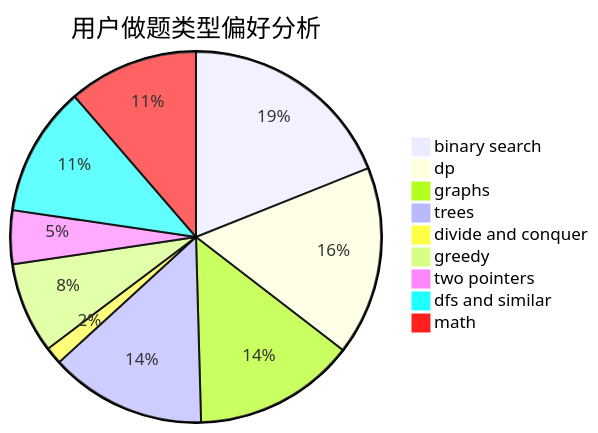
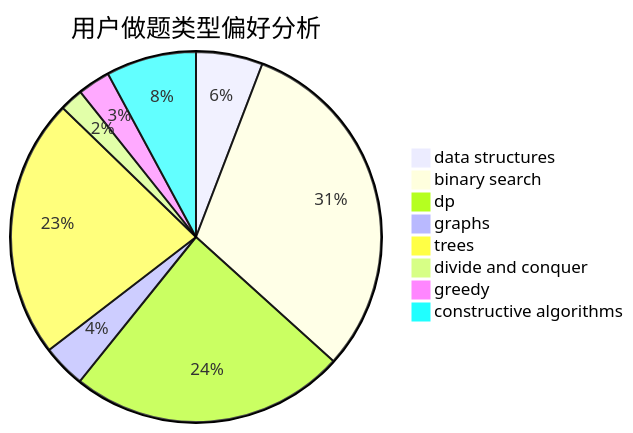
The second of 3 diagrams in docs/user/u1738.md (sherpahu/cfrs.github.io), drawn with Mermaid before and after one commit. The commit also changed other lines of this file and 2775 other files, not shown here.

````diff
--- a/docs/user/u1738.md
+++ b/docs/user/u1738.md
@@ -23,12 +23,11 @@
 ```mermaid
 pie title 用户做题类型偏好分析
-    "binary search" :  239
-    "dp" :  208
-    "graphs" :  178
-    "trees" :  172
-    "divide and conquer" :  19
-    "greedy" :  100
-    "two pointers" :  59
-    "dfs and similar" :  143
-    "math" :  143
+    "data structures" :  37
+    "binary search" :  196
+    "dp" :  153
+    "graphs" :  24
+    "trees" :  144
+    "divide and conquer" :  13
+    "greedy" :  18
+    "constructive algorithms" :  50
 ```
````
